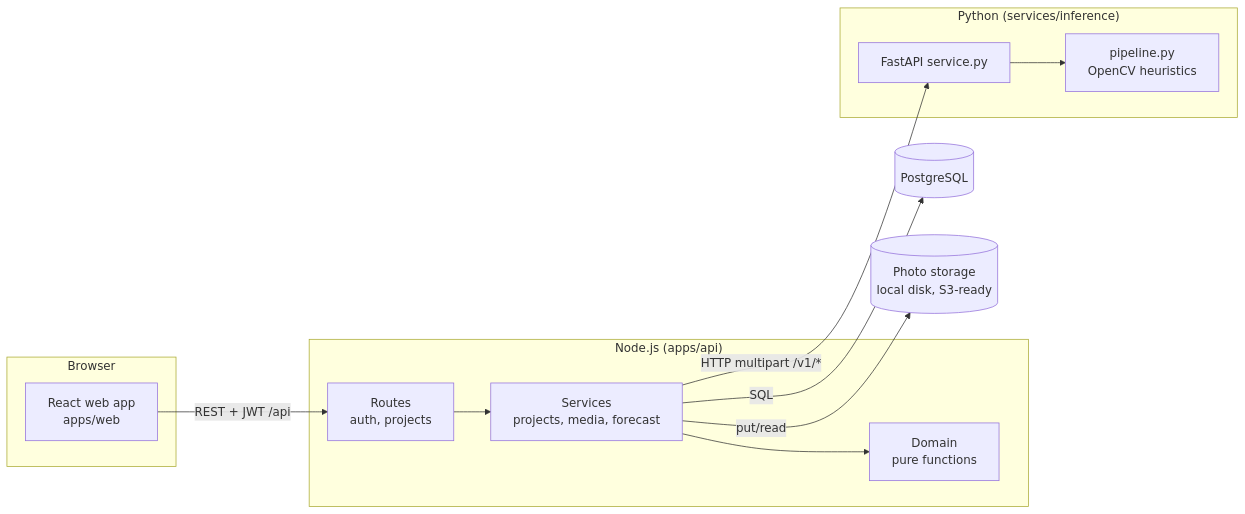
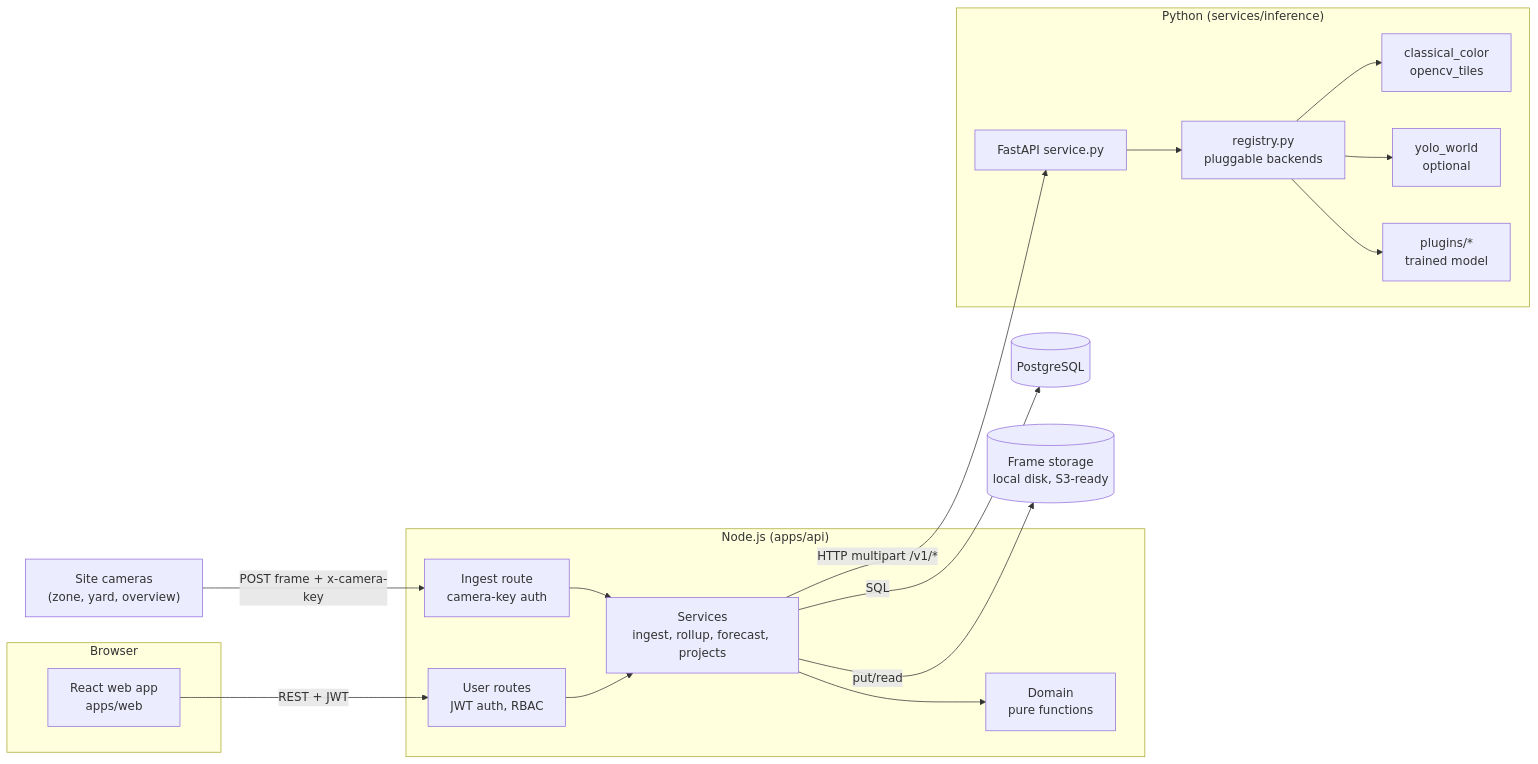
Before and after one commit to rayyankhan33/SafelyBuild: the first of 4 diagrams in docs/design.md, drawn with Mermaid. The commit also changed other lines of this file and 68 other files, not shown here.

First line of the commit message:
Automated evidence: camera-only measurement, derived hazards, pluggable models

````diff
--- a/docs/design.md
+++ b/docs/design.md
@@ -7,23 +7,33 @@
 ```mermaid
 flowchart LR
+  CAM["Site cameras<br/>(zone, yard, overview)"]
   subgraph Browser
     W[React web app<br/>apps/web]
   end
   subgraph Node["Node.js (apps/api)"]
-    R[Routes<br/>auth, projects]
-    S[Services<br/>projects, media, forecast]
+    I[Ingest route<br/>camera-key auth]
+    R[User routes<br/>JWT auth, RBAC]
+    S[Services<br/>ingest, rollup, forecast, projects]
     D[Domain<br/>pure functions]
+    I --> S
     R --> S --> D
   end
   PG[(PostgreSQL)]
-  FS[(Photo storage<br/>local disk, S3-ready)]
+  FS[(Frame storage<br/>local disk, S3-ready)]
   subgraph Py["Python (services/inference)"]
     F[FastAPI service.py]
-    P[pipeline.py<br/>OpenCV heuristics]
-    F --> P
+    REG[registry.py<br/>pluggable backends]
+    B1[classical_color<br/>opencv_tiles]
+    B2[yolo_world<br/>optional]
+    B3[plugins/*<br/>trained model]
+    F --> REG
+    REG --> B1
+    REG --> B2
+    REG --> B3
   end
-  W -- "REST + JWT /api" --> R
+  CAM -- "POST frame + x-camera-key" --> I
+  W -- "REST + JWT" --> R
   S -- SQL --> PG
   S -- put/read --> FS
   S -- "HTTP multipart /v1/*" --> F
 ```
````
